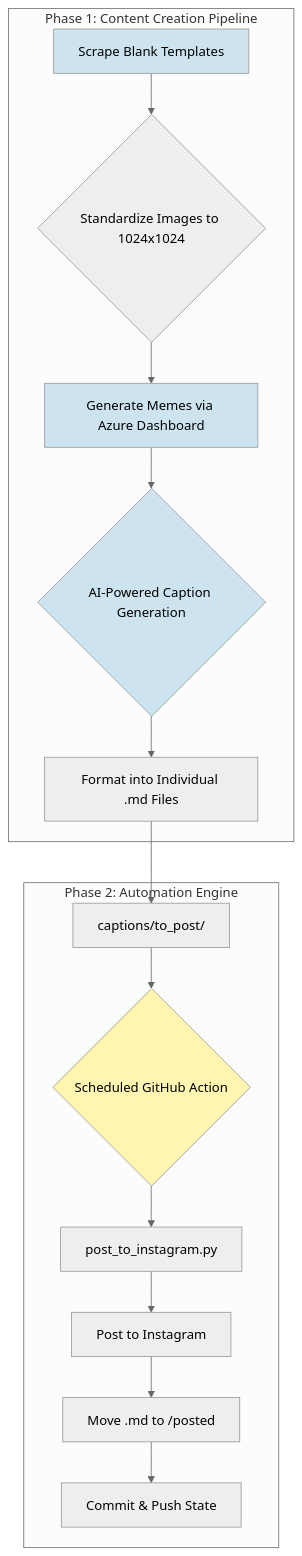
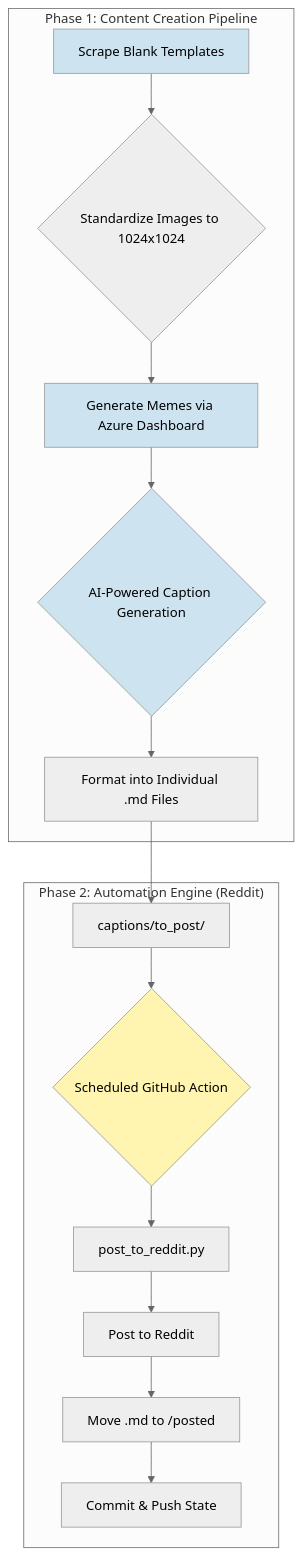
One commit to om-pramod/ai-literacy-gallery changed the diagram in README.md. Above: the diagram before and after it, drawn with Mermaid (neutral theme). The commit also changed other lines of this file and 9 other files, not shown here.

Commit message:
feat: Migrate bot from Instagram to Reddit

````diff
--- a/README.md
+++ b/README.md
@@ -43,23 +33,23 @@
 ```mermaid
 graph TD
     subgraph "Phase 1: Content Creation Pipeline"
         A[Scrape Blank Templates] --> B{Standardize Images to 1024x1024};
         B --> C[Generate Memes via Azure Dashboard];
         C --> D{AI-Powered Caption Generation};
         D --> E[Format into Individual .md Files];
     end
 
-    subgraph "Phase 2: Automation Engine"
+    subgraph "Phase 2: Automation Engine (Reddit)"
         F[captions/to_post/] --> G{Scheduled GitHub Action};
-        G --> H[post_to_instagram.py];
-        H --> I[Post to Instagram];
+        G --> H[post_to_reddit.py];
+        H --> I[Post to Reddit];
         I --> J[Move .md to /posted];
         J --> K[Commit & Push State];
     end
 
     E --> F;
     style A fill:#cde4f0
     style C fill:#cde4f0
     style D fill:#cde4f0
     style G fill:#fff5b1
 ```
````
